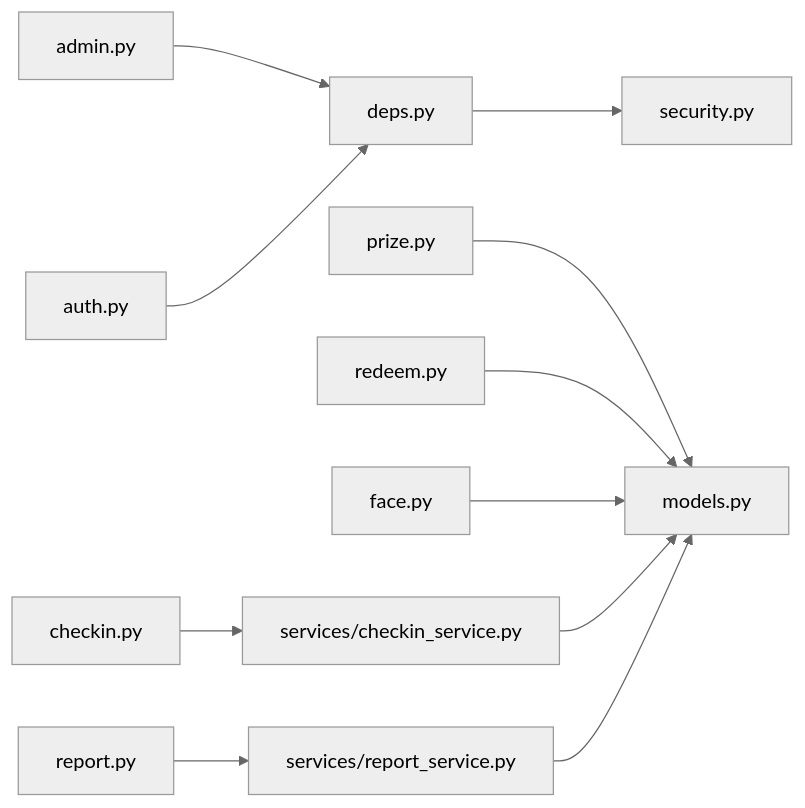
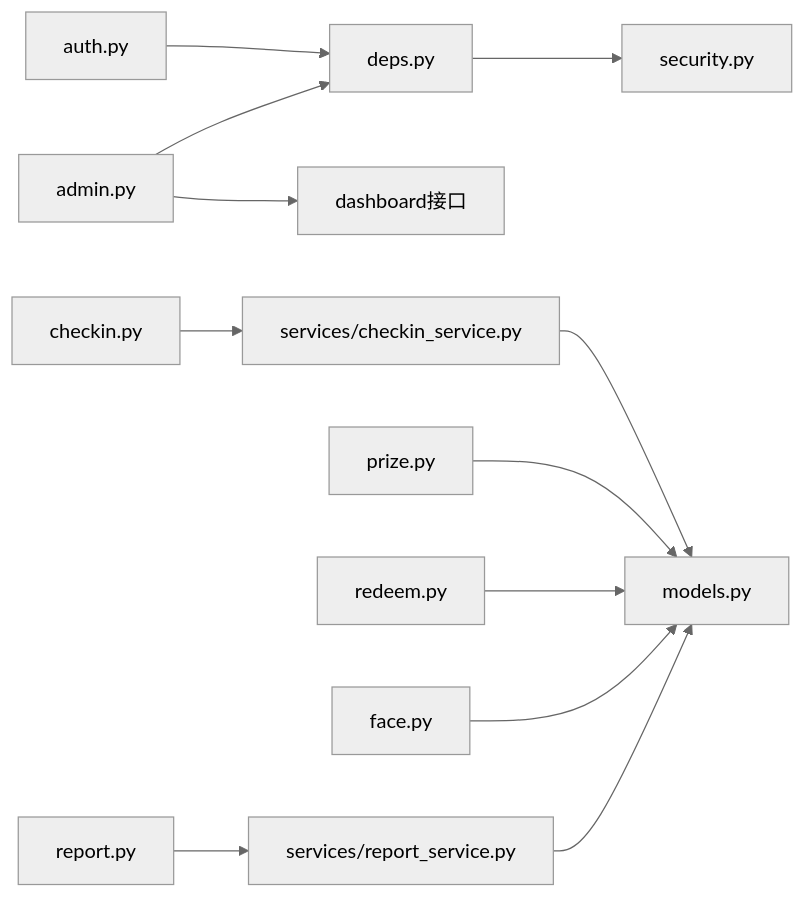
The fifth of 5 diagrams in .qoder/repowiki/zh/content/API接口文档/管理后台接口/管理后台接口.md (onebody/homework), drawn with Mermaid (neutral theme) before and after one commit. The commit also changed other lines of this file and 14 other files, not shown here.

````diff
--- a/.qoder/repowiki/zh/content/API接口文档/管理后台接口/管理后台接口.md
+++ b/.qoder/repowiki/zh/content/API接口文档/管理后台接口/管理后台接口.md
@@ -264,13 +290,14 @@
 ```mermaid
 graph LR
 R_admin["admin.py"] --> D_deps["deps.py"]
 R_auth["auth.py"] --> D_deps
 R_checkin["checkin.py"] --> S_checkin["services/checkin_service.py"]
 R_report["report.py"] --> S_report["services/report_service.py"]
 R_prize["prize.py"] --> M_models["models.py"]
 R_redeem["redeem.py"] --> M_models
 R_face["face.py"] --> M_models
 S_checkin --> M_models
 S_report --> M_models
 D_deps --> S_security["security.py"]
+R_admin --> R_dashboard["dashboard接口"]
 ```
````
